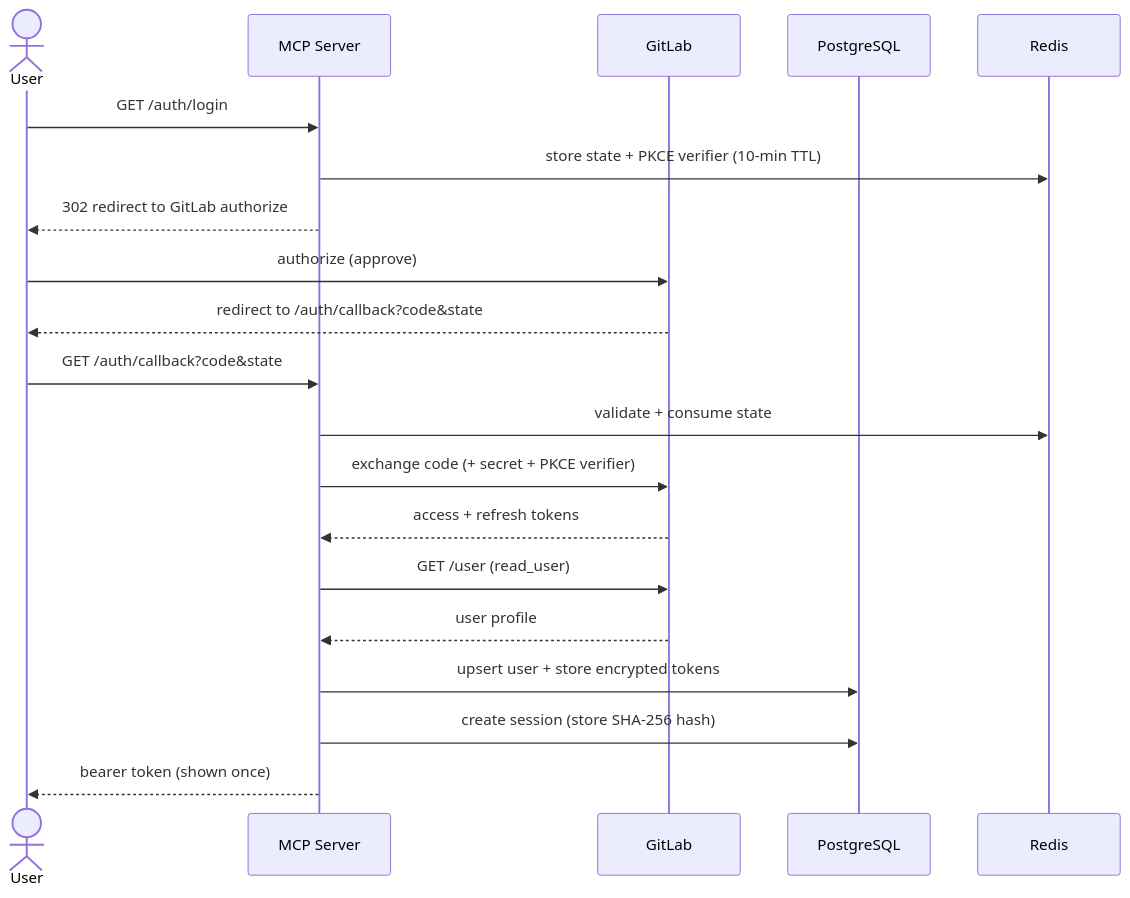
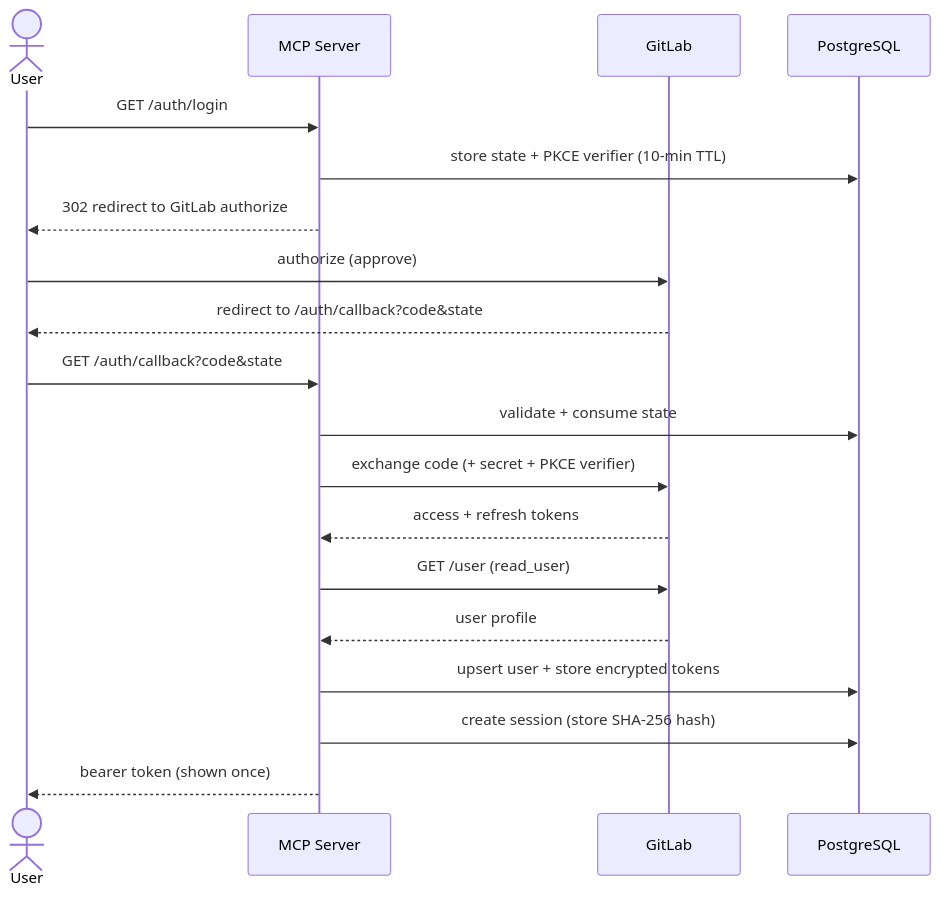
The second of 3 diagrams in docs/architecture.md (lxnewayfarer/gitlab-mcp), drawn with Mermaid before and after one commit. The commit also changed other lines of this file and 9 other files, not shown here.

````diff
--- a/docs/architecture.md
+++ b/docs/architecture.md
@@ -83,23 +81,22 @@
 ```mermaid
 sequenceDiagram
     actor User
     participant Srv as MCP Server
     participant GL as GitLab
     participant DB as PostgreSQL
-    participant RD as Redis
 
     User->>Srv: GET /auth/login
-    Srv->>RD: store state + PKCE verifier (10-min TTL)
+    Srv->>DB: store state + PKCE verifier (10-min TTL)
     Srv-->>User: 302 redirect to GitLab authorize
     User->>GL: authorize (approve)
     GL-->>User: redirect to /auth/callback?code&state
     User->>Srv: GET /auth/callback?code&state
-    Srv->>RD: validate + consume state
+    Srv->>DB: validate + consume state
     Srv->>GL: exchange code (+ secret + PKCE verifier)
     GL-->>Srv: access + refresh tokens
     Srv->>GL: GET /user (read_user)
     GL-->>Srv: user profile
     Srv->>DB: upsert user + store encrypted tokens
     Srv->>DB: create session (store SHA-256 hash)
     Srv-->>User: bearer token (shown once)
 ```
````
